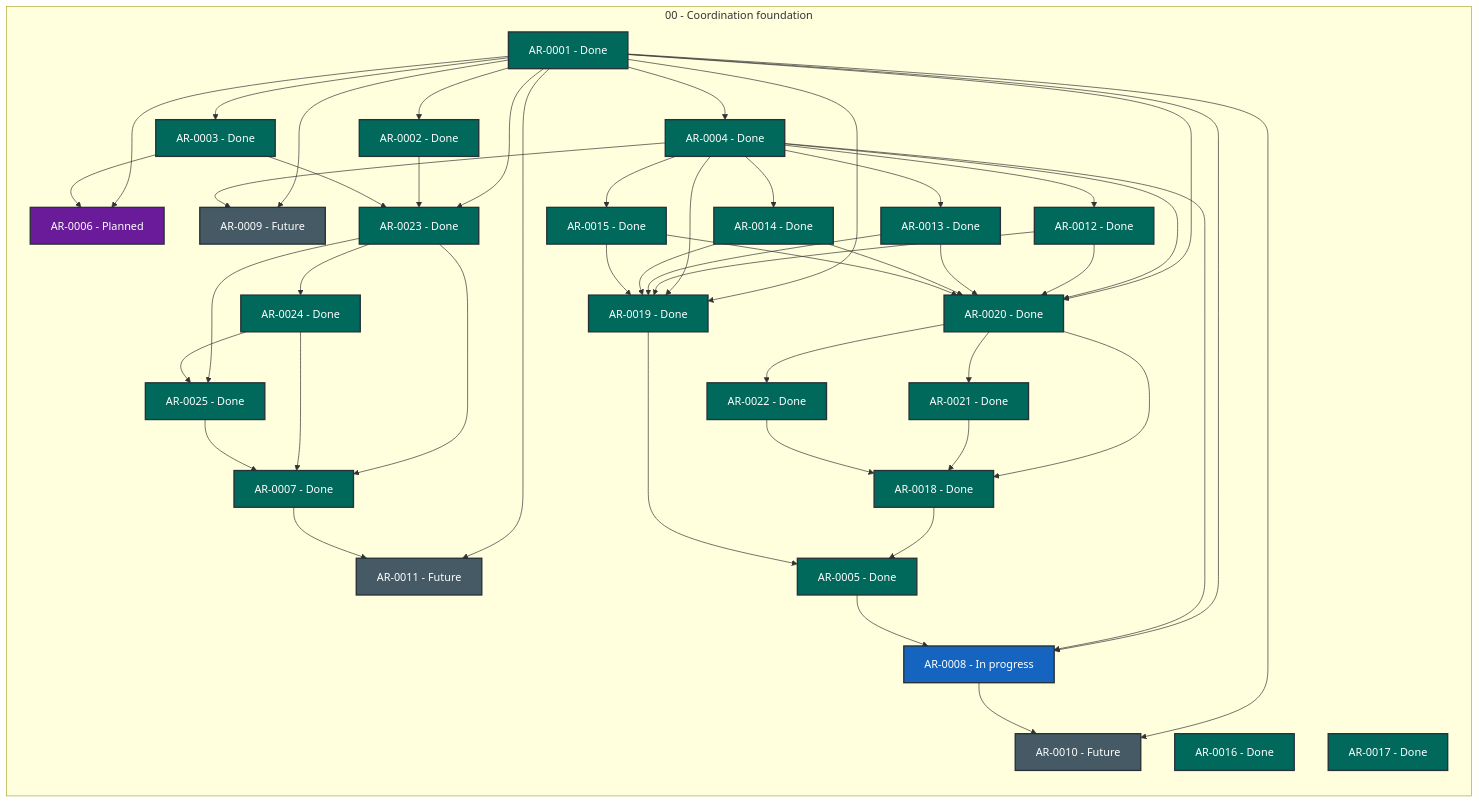
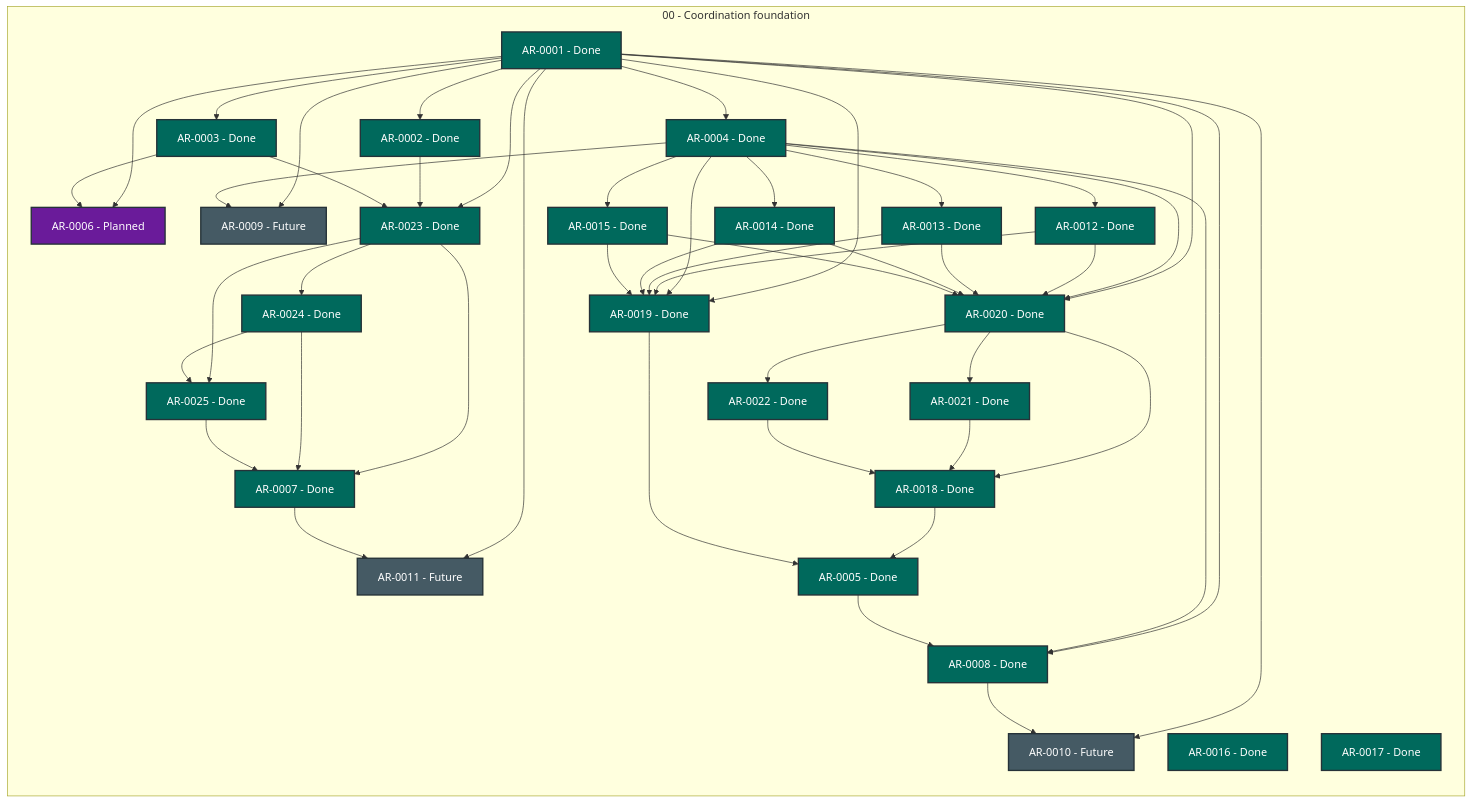
One commit to martin-beck/agent-workflow-quality-state changed the diagram in STATUS.md. Above: the diagram before and after it, drawn with Mermaid. The commit also changed other lines of this file and 2 other files, not shown here.

```diff
--- a/STATUS.md
+++ b/STATUS.md
@@ -35,7 +35,7 @@
         AR_0005["AR-0005 - Done"]:::status_done
         AR_0006["AR-0006 - Planned"]:::status_planned
         AR_0007["AR-0007 - Done"]:::status_done
-        AR_0008["AR-0008 - In progress"]:::status_in_progress
+        AR_0008["AR-0008 - Done"]:::status_done
         AR_0009["AR-0009 - Future"]:::status_future
         AR_0010["AR-0010 - Future"]:::status_future
         AR_0011["AR-0011 - Future"]:::status_future
```
